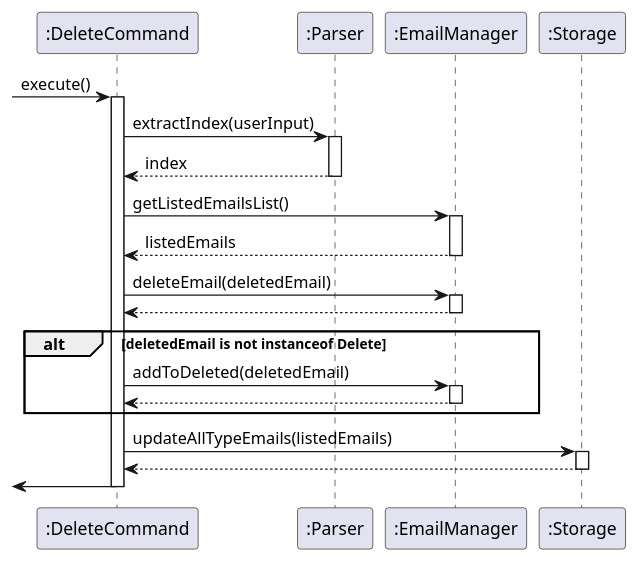
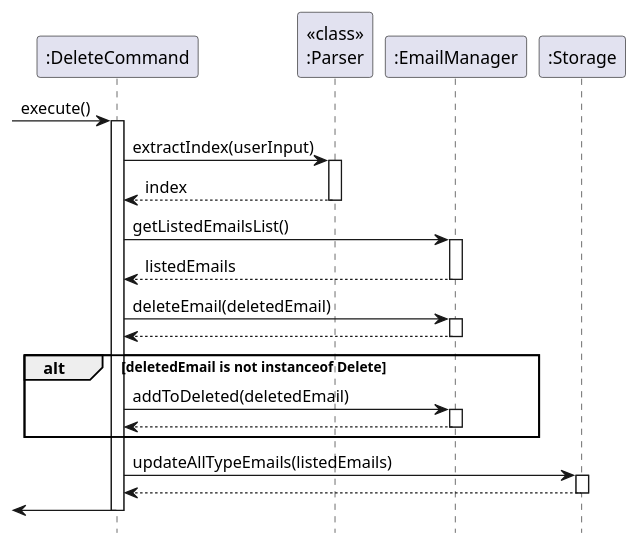
The diagram in docs/Sequence Diagrams/DeleteCommand.puml (yanli1215/tp), drawn with PlantUML before and after one commit. The commit also changed 6 other files, not shown here.

```diff
--- a/docs/Sequence Diagrams/DeleteCommand.puml
+++ b/docs/Sequence Diagrams/DeleteCommand.puml
@@ -1,44 +1,44 @@
 @startuml
 'https://plantuml.com/sequence-diagram
 
 participant ":DeleteCommand" as DeleteCommand
-participant ":Parser" as Parser
+participant "<<class>>\n:Parser" as Parser
 participant ":EmailManager" as EmailManager
 participant ":Storage" as Storage
-
+hide footbox
 
 [-> DeleteCommand: execute()
 activate DeleteCommand
 
 DeleteCommand -> Parser: extractIndex(userInput)
 activate Parser
 Parser --> DeleteCommand: index
 deactivate Parser
 
 DeleteCommand -> EmailManager: getListedEmailsList()
 activate EmailManager
 EmailManager --> DeleteCommand: listedEmails
 deactivate EmailManager
 
 DeleteCommand -> EmailManager: deleteEmail(deletedEmail)
 activate EmailManager
 EmailManager --> DeleteCommand:
 deactivate EmailManager
 
 alt deletedEmail is not instanceof Delete
 DeleteCommand -> EmailManager: addToDeleted(deletedEmail)
 activate EmailManager
 EmailManager --> DeleteCommand:
 deactivate EmailManager
 end
 
 
 DeleteCommand -> Storage: updateAllTypeEmails(listedEmails)
 activate Storage
 Storage --> DeleteCommand:
 deactivate Storage
 
 [<- DeleteCommand
 deactivate DeleteCommand
 
 @enduml
```
